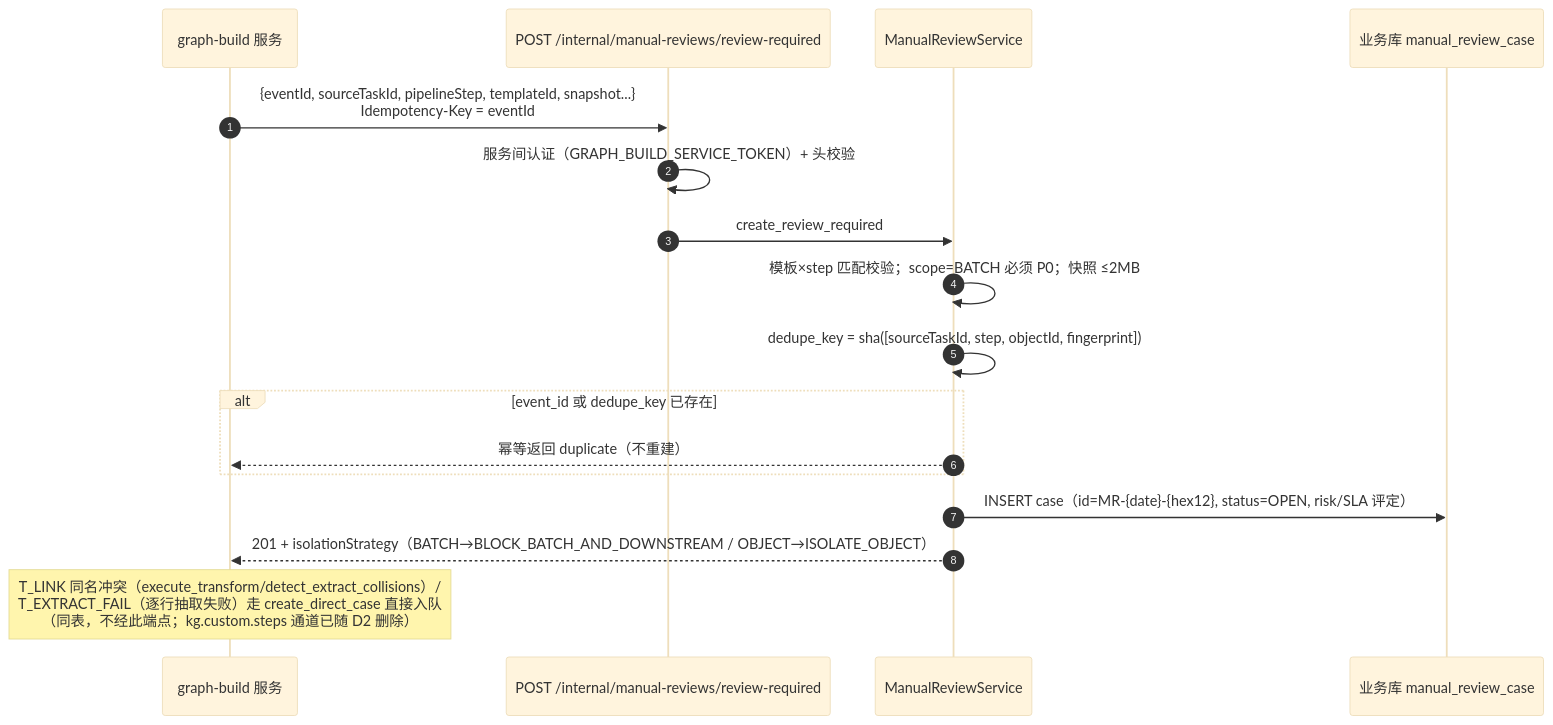
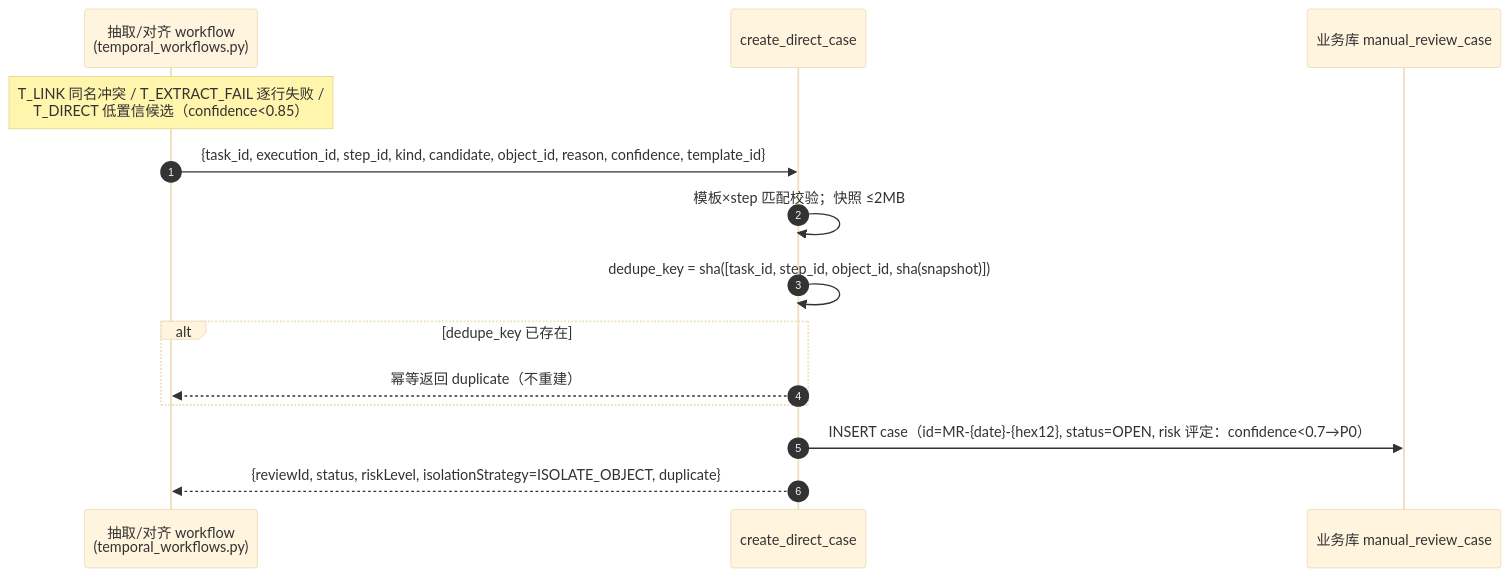
Before and after one commit to Marisolebxf/tech-kg-api: the first of 4 diagrams in docs/人工审核模块.md, drawn with Mermaid (base theme). The commit also changed other lines of this file and 43 other files, not shown here.

First line of the commit message:
refactor: 移除人工审核图构建移交通道，收敛为三个在用模板

````diff
--- a/docs/人工审核模块.md
+++ b/docs/人工审核模块.md
@@ -150,20 +118,17 @@
 ```mermaid
 sequenceDiagram
     autonumber
-    participant GB as graph-build 服务
-    participant INT as POST /internal/manual-reviews/review-required
-    participant SVC as ManualReviewService
+    participant WF as 抽取/对齐 workflow<br/>(temporal_workflows.py)
+    participant SVC as create_direct_case
     participant DB as 业务库 manual_review_case
 
-    GB->>INT: {eventId, sourceTaskId, pipelineStep, templateId, snapshot...}<br/>Idempotency-Key = eventId
-    INT->>INT: 服务间认证（GRAPH_BUILD_SERVICE_TOKEN）+ 头校验
-    INT->>SVC: create_review_required
-    SVC->>SVC: 模板×step 匹配校验；scope=BATCH 必须 P0；快照 ≤2MB
-    SVC->>SVC: dedupe_key = sha([sourceTaskId, step, objectId, fingerprint])
-    alt event_id 或 dedupe_key 已存在
-        SVC-->>GB: 幂等返回 duplicate（不重建）
+    note over WF: T_LINK 同名冲突 / T_EXTRACT_FAIL 逐行失败 /<br/>T_DIRECT 低置信候选（confidence<0.85）
+    WF->>SVC: {task_id, execution_id, step_id, kind, candidate, object_id, reason, confidence, template_id}
+    SVC->>SVC: 模板×step 匹配校验；快照 ≤2MB
+    SVC->>SVC: dedupe_key = sha([task_id, step_id, object_id, sha(snapshot)])
+    alt dedupe_key 已存在
+        SVC-->>WF: 幂等返回 duplicate（不重建）
     end
-    SVC->>DB: INSERT case（id=MR-{date}-{hex12}, status=OPEN, risk/SLA 评定）
-    SVC-->>GB: 201 + isolationStrategy（BATCH→BLOCK_BATCH_AND_DOWNSTREAM / OBJECT→ISOLATE_OBJECT）
-    note over GB: T_LINK 同名冲突（execute_transform/detect_extract_collisions）/<br/>T_EXTRACT_FAIL（逐行抽取失败）走 create_direct_case 直接入队<br/>（同表，不经此端点；kg.custom.steps 通道已随 D2 删除）
+    SVC->>DB: INSERT case（id=MR-{date}-{hex12}, status=OPEN, risk 评定：confidence<0.7→P0）
+    SVC-->>WF: {reviewId, status, riskLevel, isolationStrategy=ISOLATE_OBJECT, duplicate}
 ```
````
